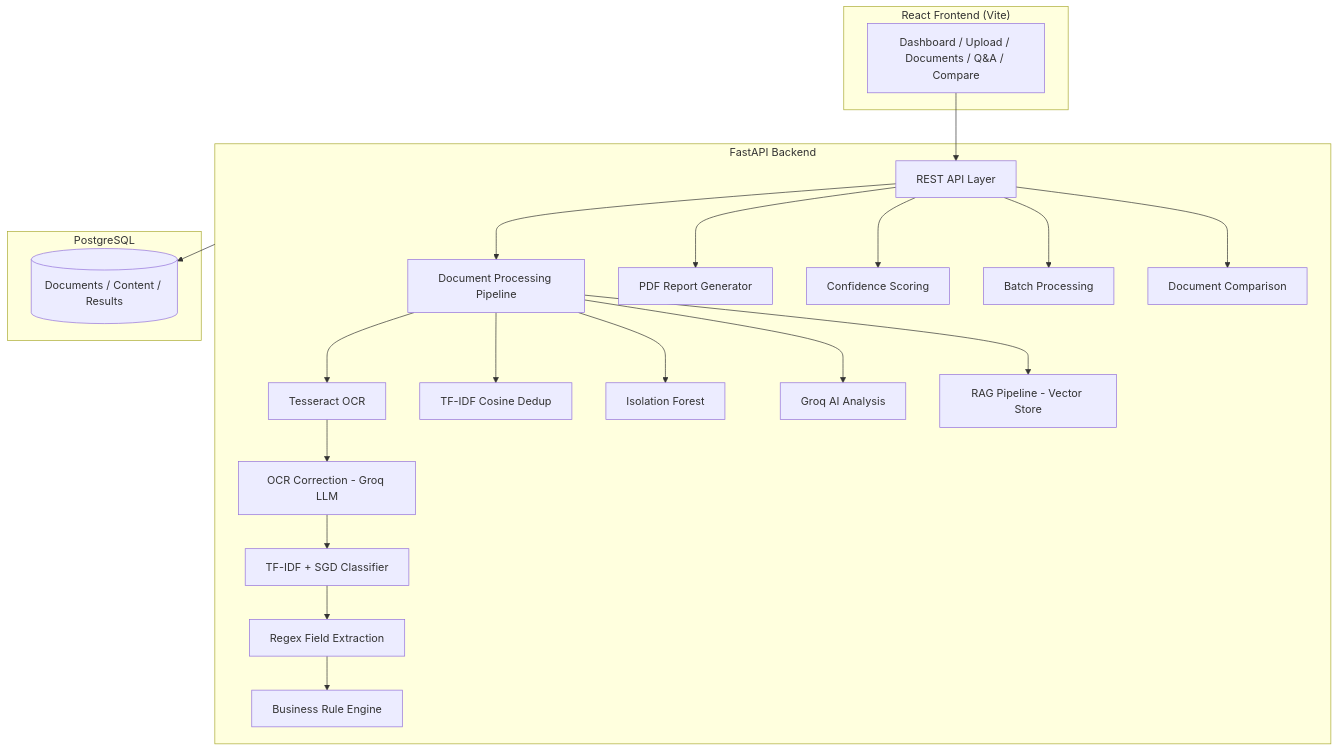
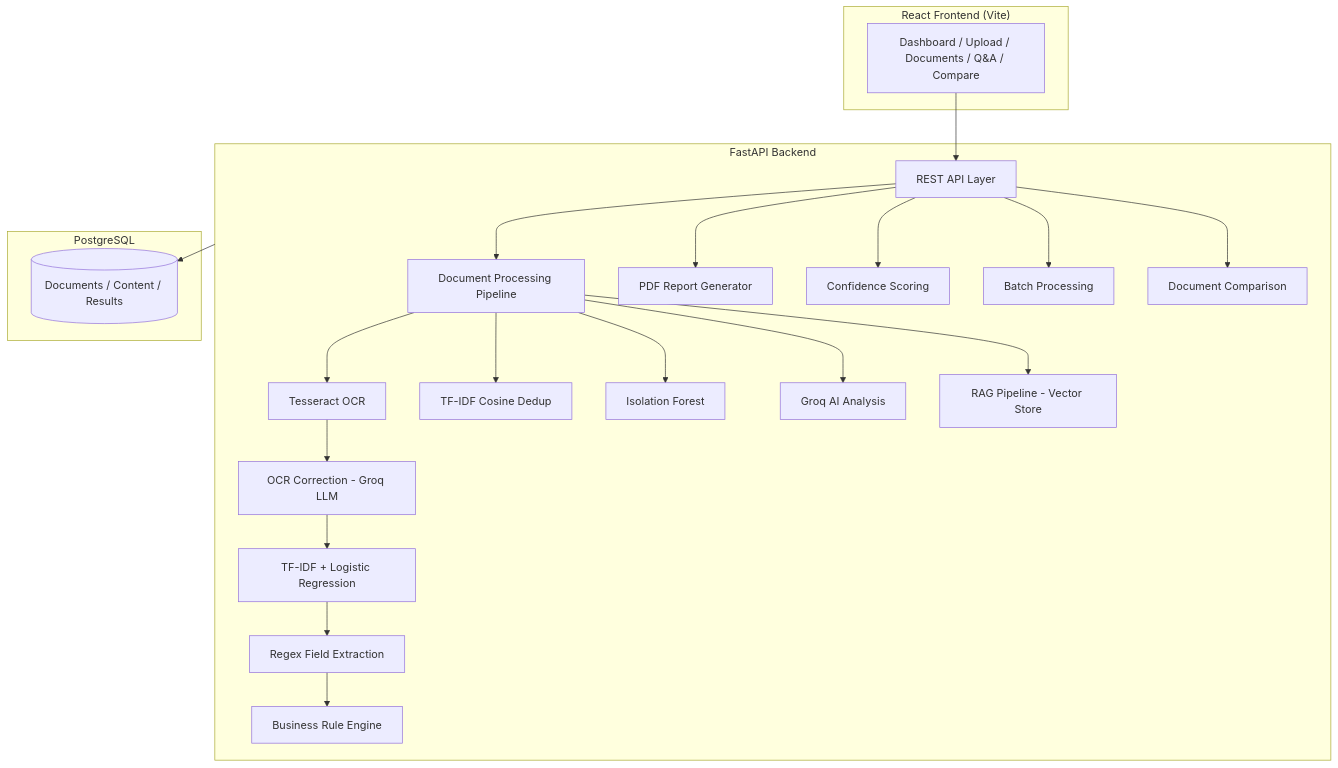
One commit to Sayalij1609/DocuMind changed the diagram in README.md. Above: the diagram before and after it, drawn with Mermaid. The commit also changed other lines of this file and 11 other files, not shown here.

````diff
--- a/README.md
+++ b/README.md
@@ -9,42 +70,42 @@
 ```mermaid
 graph TB
     subgraph Frontend ["React Frontend (Vite)"]
         UI[Dashboard / Upload / Documents / Q&A / Compare]
     end
 
     subgraph Backend ["FastAPI Backend"]
         API[REST API Layer]
         Pipeline[Document Processing Pipeline]
         OCR[Tesseract OCR]
         Correction[OCR Correction - Groq LLM]
-        Classification[TF-IDF + SGD Classifier]
+        Classification[TF-IDF + Logistic Regression]
         Extraction[Regex Field Extraction]
         Validation[Business Rule Engine]
         Dedup[TF-IDF Cosine Dedup]
         Anomaly[Isolation Forest]
         AI[Groq AI Analysis]
         RAG[RAG Pipeline - Vector Store]
         Report[PDF Report Generator]
         Confidence[Confidence Scoring]
         Batch[Batch Processing]
         Compare[Document Comparison]
     end
 
     subgraph Database ["PostgreSQL"]
         DB[(Documents / Content / Results)]
     end
 
     UI --> API
     API --> Pipeline
     Pipeline --> OCR --> Correction --> Classification
     Classification --> Extraction --> Validation
     Pipeline --> Dedup
     Pipeline --> Anomaly
     Pipeline --> AI
     Pipeline --> RAG
     API --> Report
     API --> Confidence
     API --> Batch
     API --> Compare
     Backend --> DB
 ```
````
